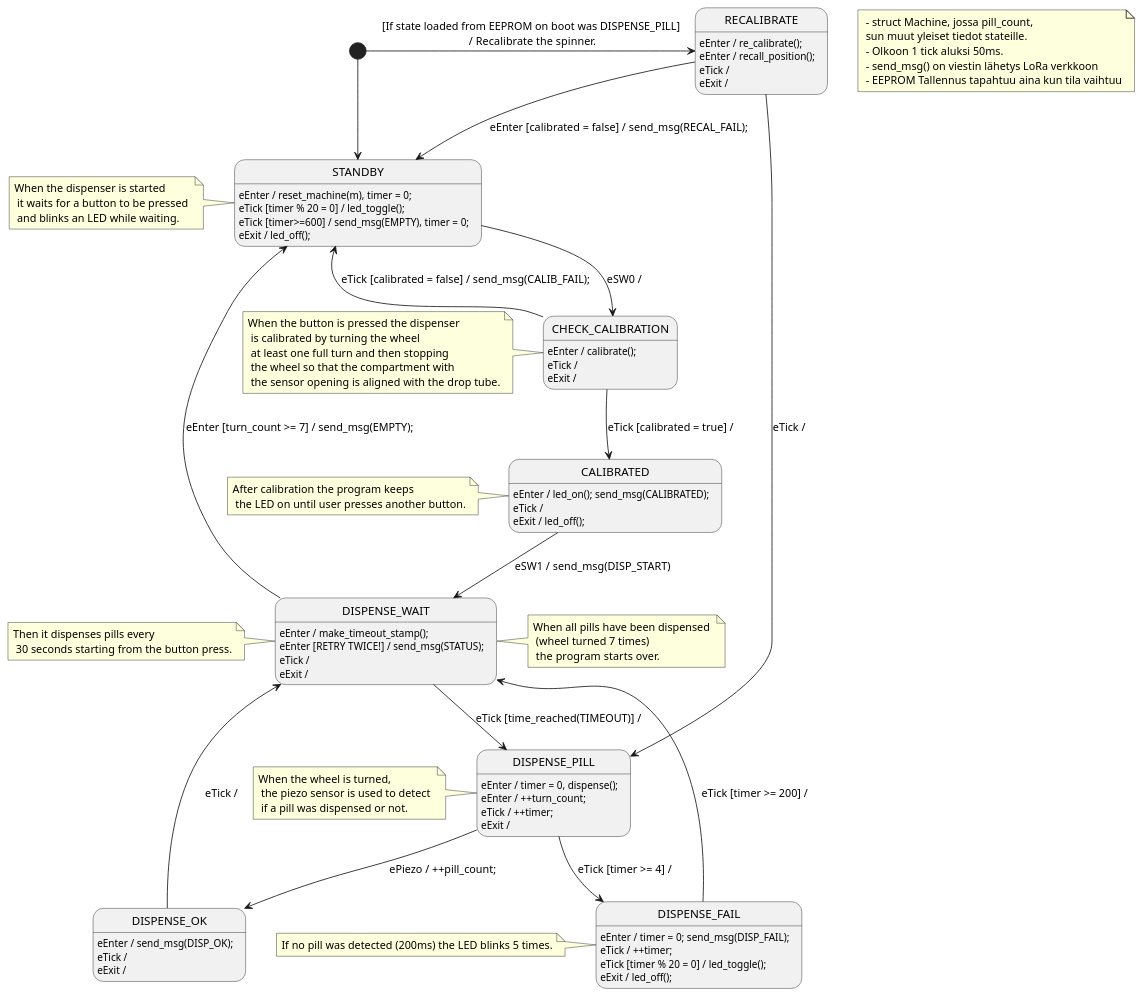
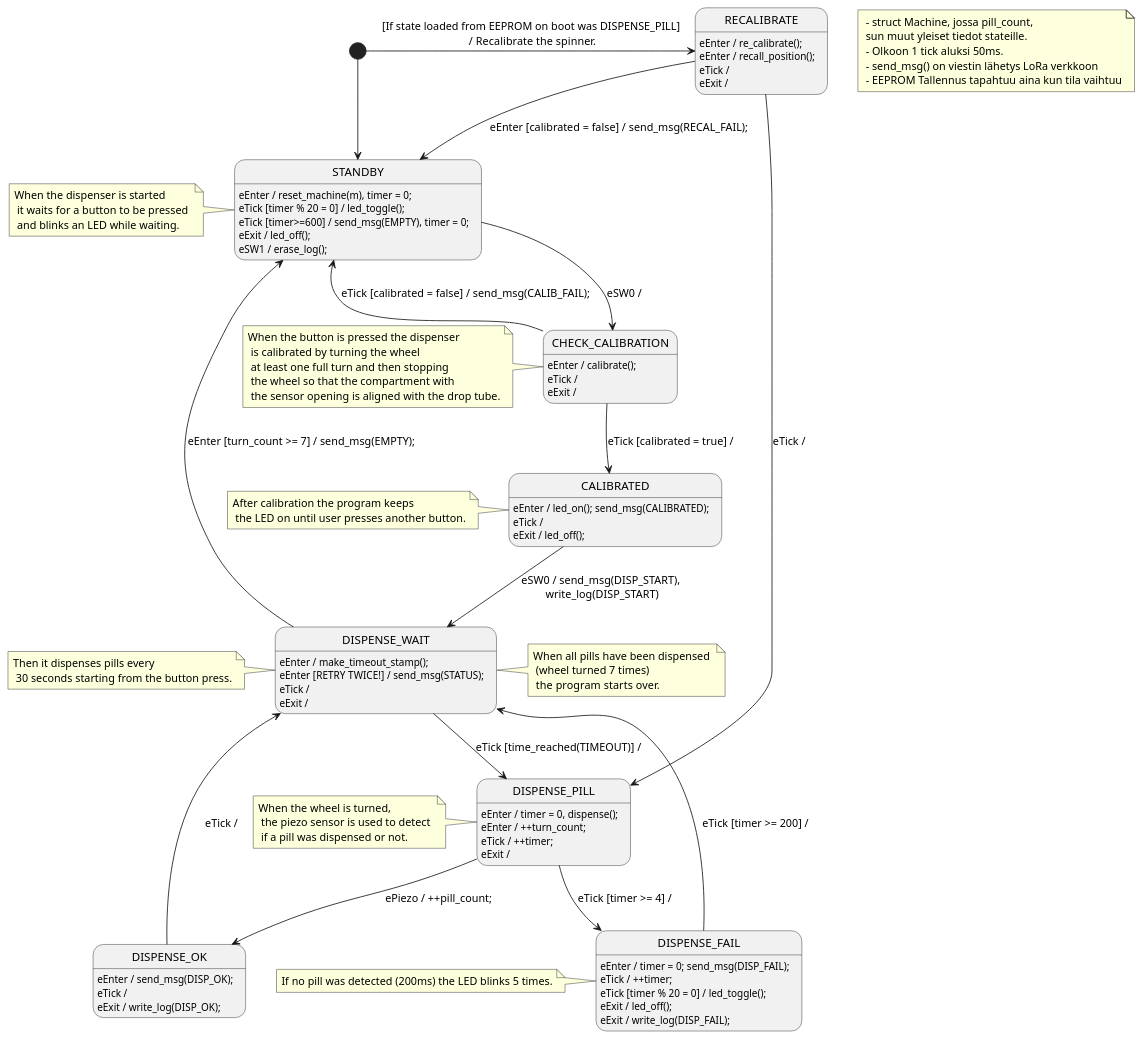
Before and after one commit to aleksanteril/LAAKKEET: the diagram in minimum_state_diagram.puml, drawn with PlantUML. The commit also changed 2 other files, not shown here.

Commit message:
updated diagram and exported as svg and png

```diff
--- a/minimum_state_diagram.puml
+++ b/minimum_state_diagram.puml
@@ -1,69 +1,71 @@
 @startuml Minimum State Machine
 
 [*] --> STANDBY
 STANDBY : eEnter / reset_machine(m), timer = 0;
 STANDBY : eTick [timer % 20 = 0] / led_toggle(); 
 STANDBY : eTick [timer>=600] / send_msg(EMPTY), timer = 0;
 STANDBY : eExit / led_off();
+STANDBY : eSW1 / erase_log();
 STANDBY --> CHECK_CALIBRATION : eSW0 /
 
 [*] -> RECALIBRATE : [If state loaded from EEPROM on boot was DISPENSE_PILL]\n / Recalibrate the spinner.
 RECALIBRATE : eEnter / re_calibrate();
 RECALIBRATE : eEnter / recall_position();
 RECALIBRATE : eTick /
 RECALIBRATE : eExit /
 RECALIBRATE --> STANDBY : eEnter [calibrated = false] / send_msg(RECAL_FAIL);
 RECALIBRATE --> DISPENSE_PILL : eTick /
 
 
 note " - struct Machine, jossa pill_count, \n sun muut yleiset tiedot stateille. \n - Olkoon 1 tick aluksi 50ms.\n - send_msg() on viestin lähetys LoRa verkkoon\n - EEPROM Tallennus tapahtuu aina kun tila vaihtuu" as N1
 note left of STANDBY : When the dispenser is started \n it waits for a button to be pressed \n and blinks an LED while waiting.
 
 CHECK_CALIBRATION : eEnter / calibrate();
 CHECK_CALIBRATION : eTick / 
 CHECK_CALIBRATION : eExit /
 CHECK_CALIBRATION --> STANDBY : eTick [calibrated = false] / send_msg(CALIB_FAIL);
 CHECK_CALIBRATION --> CALIBRATED : eTick [calibrated = true] /
 
 note left of CHECK_CALIBRATION : When the button is pressed the dispenser \n is calibrated by turning the wheel \n at least one full turn and then stopping \n the wheel so that the compartment with \n the sensor opening is aligned with the drop tube.
 
 CALIBRATED : eEnter / led_on(); send_msg(CALIBRATED);
 CALIBRATED : eTick /
 CALIBRATED : eExit / led_off();
-CALIBRATED --> DISPENSE_WAIT : eSW1 / send_msg(DISP_START)
+CALIBRATED --> DISPENSE_WAIT : eSW0 / send_msg(DISP_START),\n write_log(DISP_START)
 
 note left of CALIBRATED : After calibration the program keeps \n the LED on until user presses another button.
 
 DISPENSE_WAIT : eEnter / make_timeout_stamp(); 
 DISPENSE_WAIT : eEnter [RETRY TWICE!] / send_msg(STATUS);
 DISPENSE_WAIT : eTick / 
 DISPENSE_WAIT : eExit / 
 DISPENSE_WAIT --> DISPENSE_PILL : eTick [time_reached(TIMEOUT)] /
 DISPENSE_WAIT --> STANDBY : eEnter [turn_count >= 7] / send_msg(EMPTY);
 
 note left of DISPENSE_WAIT : Then it dispenses pills every \n 30 seconds starting from the button press.
 note right of DISPENSE_WAIT : When all pills have been dispensed \n (wheel turned 7 times) \n the program starts over.
 
 DISPENSE_PILL : eEnter / timer = 0, dispense();
 DISPENSE_PILL : eEnter / ++turn_count;
 DISPENSE_PILL : eTick / ++timer;
 DISPENSE_PILL : eExit /
 DISPENSE_PILL --> DISPENSE_OK : ePiezo / ++pill_count;
 DISPENSE_PILL --> DISPENSE_FAIL : eTick [timer >= 4] /
 
 DISPENSE_OK : eEnter / send_msg(DISP_OK);
 DISPENSE_OK : eTick /
-DISPENSE_OK : eExit /
+DISPENSE_OK : eExit / write_log(DISP_OK);
 DISPENSE_OK --> DISPENSE_WAIT : eTick /
 
 note left of DISPENSE_PILL : When the wheel is turned, \n the piezo sensor is used to detect \n if a pill was dispensed or not.
 
 DISPENSE_FAIL : eEnter / timer = 0; send_msg(DISP_FAIL);
 DISPENSE_FAIL : eTick / ++timer;
 DISPENSE_FAIL : eTick [timer % 20 = 0] / led_toggle();
 DISPENSE_FAIL : eExit / led_off();
+DISPENSE_FAIL : eExit / write_log(DISP_FAIL);
 DISPENSE_FAIL --> DISPENSE_WAIT : eTick [timer >= 200] /
 
 note left of DISPENSE_FAIL : If no pill was detected (200ms) the LED blinks 5 times.
 
 @enduml
```
